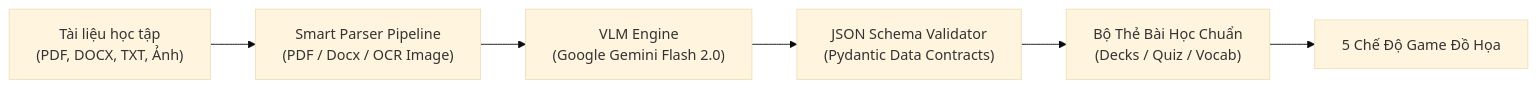
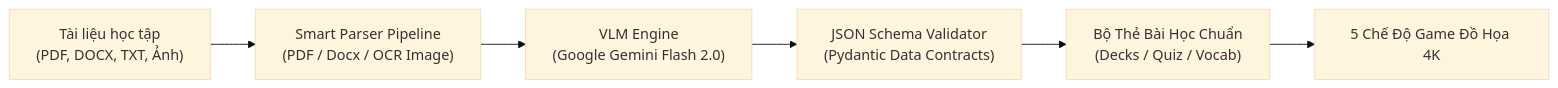
One commit to bangmanhbac-max/Game changed the first of 3 diagrams in README.md. Above: the diagram before and after it, drawn with Mermaid (base theme). The commit also changed other lines of this file and 20 other files, not shown here.

````diff
--- a/README.md
+++ b/README.md
@@ -66,8 +101,8 @@
 ```mermaid
 flowchart LR
     A["Tài liệu học tập\n(PDF, DOCX, TXT, Ảnh)"] --> B["Smart Parser Pipeline\n(PDF / Docx / OCR Image)"]
     B --> C["VLM Engine\n(Google Gemini Flash 2.0)"]
     C --> D["JSON Schema Validator\n(Pydantic Data Contracts)"]
     D --> E["Bộ Thẻ Bài Học Chuẩn\n(Decks / Quiz / Vocab)"]
-    E --> F["5 Chế Độ Game Đồ Họa"]
+    E --> F["5 Chế Độ Game Đồ Họa 4K"]
 ```
````
